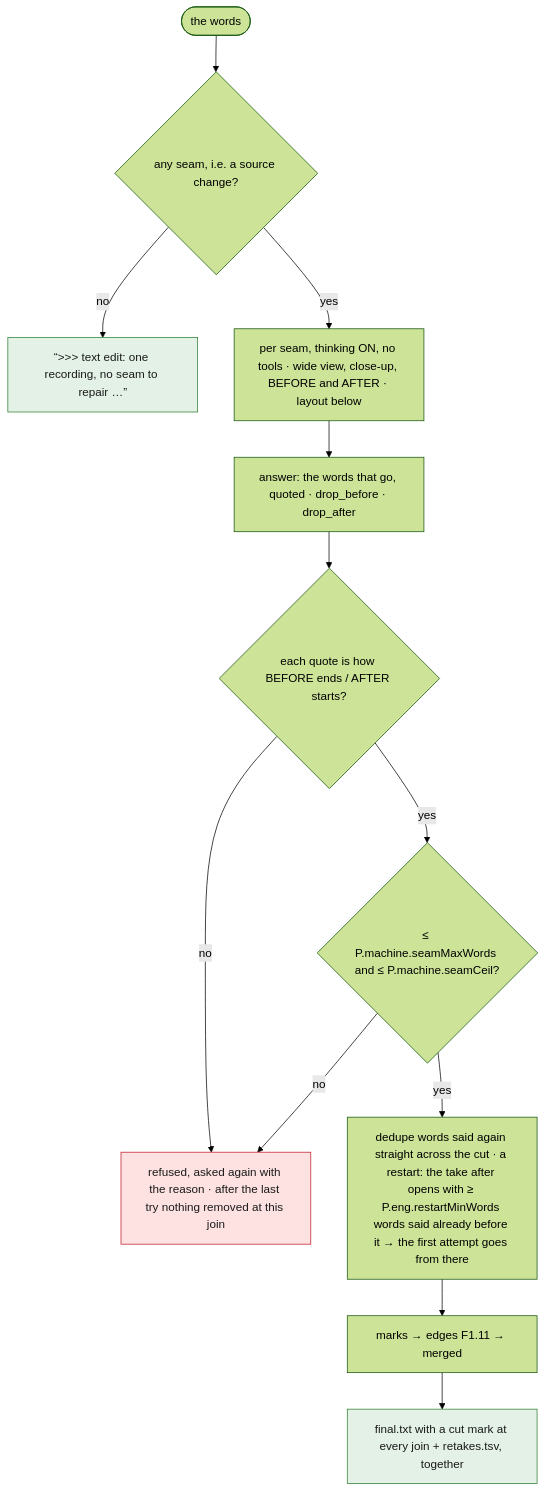
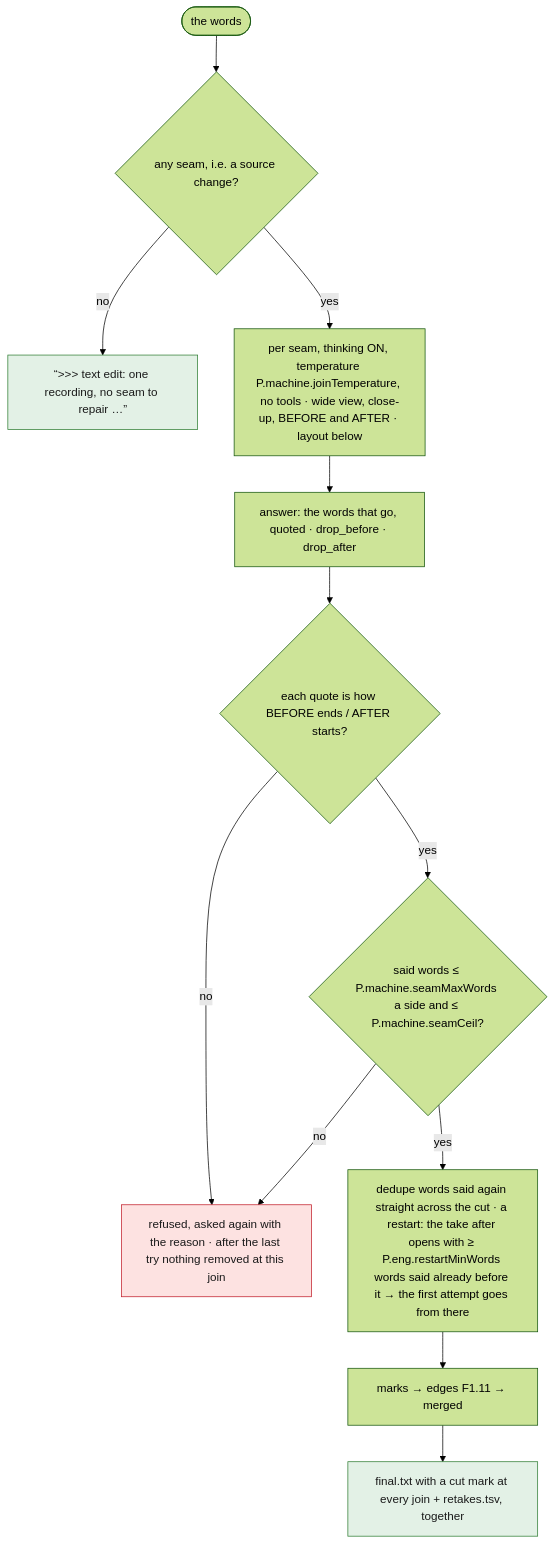
One commit to tbocek/naivepost changed the tenth of 12 diagrams in spec/04-prepare.md. Above: the diagram before and after it, drawn with Mermaid (forest theme). The commit also changed other lines of this file and 19 other files, not shown here.

````diff
--- a/spec/04-prepare.md
+++ b/spec/04-prepare.md
@@ -297,17 +299,17 @@
 ```mermaid
 flowchart TD
   A(["the words"]) --> S{"any seam, i.e. a source change?"}
   S -- no --> ONE["“>>> text edit: one recording, no seam to repair …”"]:::done
-  S -- yes --> PER["per seam, thinking ON, no tools · wide view, close-up, BEFORE and AFTER · layout below"]
+  S -- yes --> PER["per seam, thinking ON, temperature P.machine.joinTemperature, no tools · wide view, close-up, BEFORE and AFTER · layout below"]
   PER --> T["answer: the words that go, quoted · drop_before · drop_after"]
   T --> ST{"each quote is how BEFORE ends / AFTER starts?"}
   ST -- no --> R1["refused, asked again with the reason · after the last try nothing removed at this join"]:::refuse
-  ST -- yes --> MAX{"≤ P.machine.seamMaxWords and ≤ P.machine.seamCeil?"}
+  ST -- yes --> MAX{"said words ≤ P.machine.seamMaxWords a side and ≤ P.machine.seamCeil?"}
   MAX -- no --> R1
   MAX -- yes --> DD["dedupe words said again straight across the cut · a restart: the take after opens with ≥ P.eng.restartMinWords words said already before it → the first attempt goes from there"]
   DD --> MK["marks → edges F1.11 → merged"]
   MK --> OUT["final.txt with a cut mark at every join + retakes.tsv, together"]:::done
   classDef refuse fill:#fde2e1,stroke:#c01c28,color:#1a1a1a
   classDef done fill:#e3f1e6,stroke:#2e7d32,color:#1a1a1a
   classDef ask fill:#e8eefc,stroke:#3a63c8,color:#1a1a1a
 ```
````
